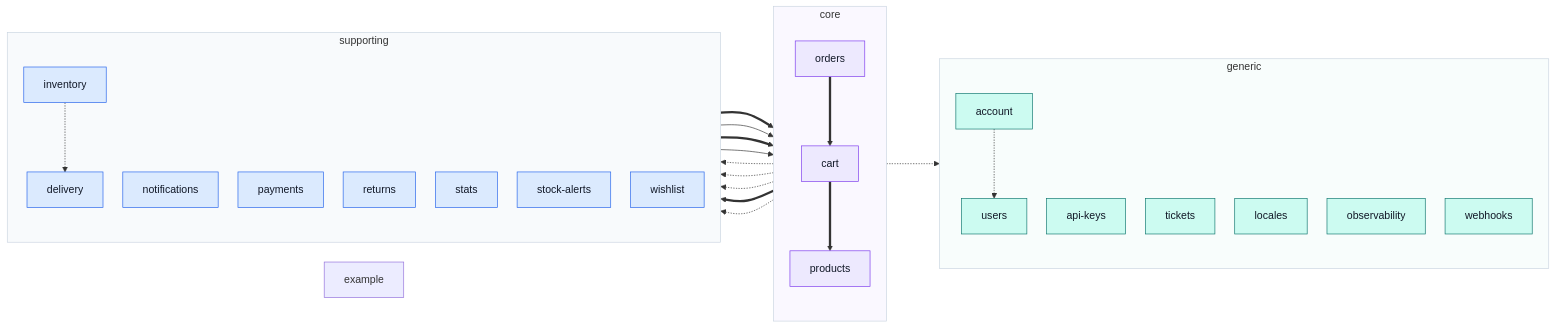
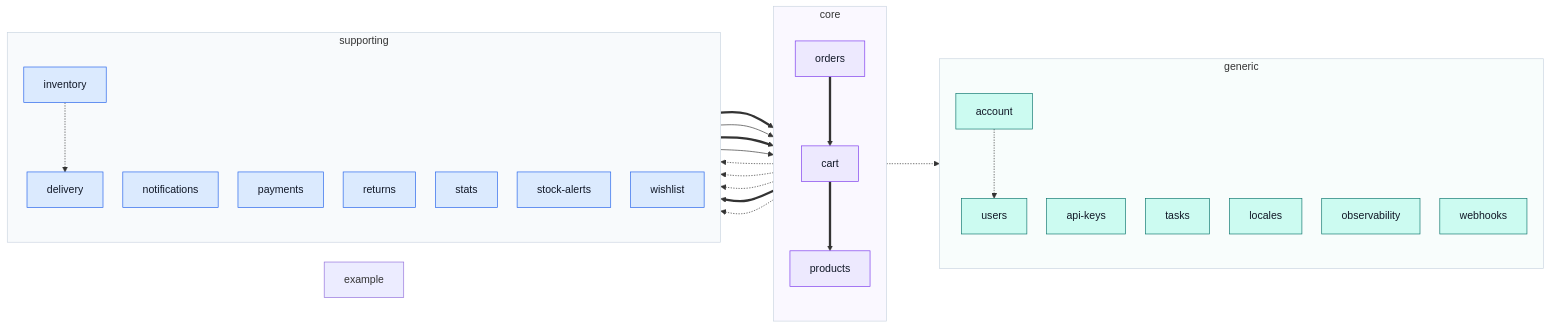
The diagram in docs/modules/index.md (Guebbit/boilerplate-vue-frontend), drawn with Mermaid before and after one commit. The commit also changed other lines of this file and 121 other files, not shown here.

First line of the commit message:
refactor(tasks)!: rename the tickets module to tasks, matching the backend contract

````diff
--- a/docs/modules/index.md
+++ b/docs/modules/index.md
@@ -34,56 +34,56 @@
 ```mermaid
 %%{init: {'flowchart': {'nodeSpacing': 30, 'rankSpacing': 80}}}%%
 flowchart LR
     subgraph CORE["core"]
         direction TB
         cart["cart"]
         orders["orders"]
         products["products"]
     end
     subgraph SUPPORTING["supporting"]
         direction TB
         delivery["delivery"]
         inventory["inventory"]
         notifications["notifications"]
         payments["payments"]
         returns["returns"]
         stats["stats"]
         stockAlerts["stock-alerts"]
         wishlist["wishlist"]
     end
     subgraph GENERIC["generic"]
         direction TB
         account["account"]
         apiKeys["api-keys"]
-        tickets["tickets"]
+        tasks["tasks"]
         locales["locales"]
         observability["observability"]
         users["users"]
         webhooks["webhooks"]
     end
     demo["example"]
     account -.-> users
     cart -.-> account
     cart -.-> delivery
     cart -.-> payments
     cart ==> products
     inventory ==> products
     inventory -.-> delivery
     orders ==> cart
     orders -.-> delivery
     orders ==> payments
     orders -.-> returns
     stockAlerts --> products
     wishlist ==> cart
     wishlist --> products
 
     classDef core fill:#ede9fe,stroke:#7c3aed,color:#111827;
     classDef supporting fill:#dbeafe,stroke:#2563eb,color:#111827;
     classDef generic fill:#ccfbf1,stroke:#0f766e,color:#111827;
     class cart,orders,products core;
     class delivery,inventory,notifications,payments,returns,stats,stockAlerts,wishlist supporting;
-    class account,apiKeys,tickets,locales,observability,users,webhooks generic;
+    class account,apiKeys,tasks,locales,observability,users,webhooks generic;
     style CORE fill:#faf8ff,stroke:#cbd5e1
     style SUPPORTING fill:#f8fafc,stroke:#cbd5e1
     style GENERIC fill:#f8fdfc,stroke:#cbd5e1
 ```
````
